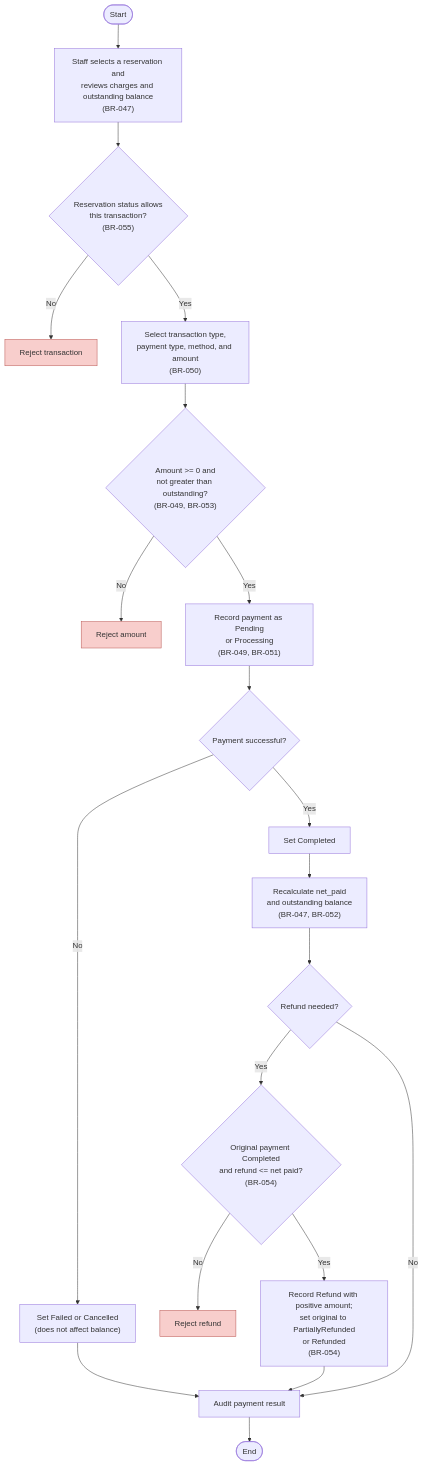
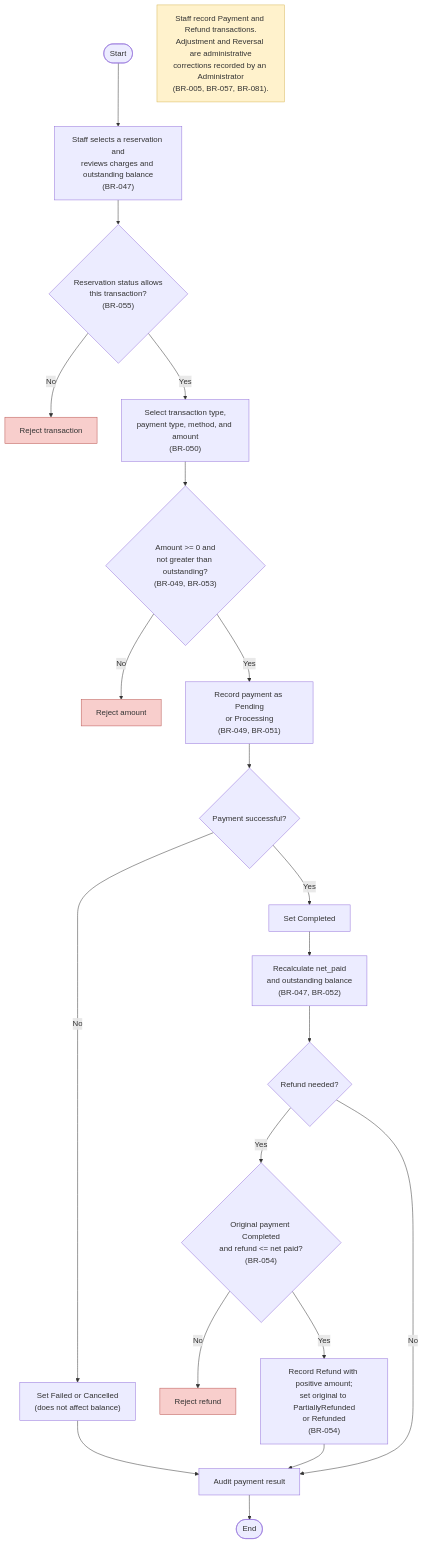
The seventh of 14 diagrams in docs/system_flowcharts.md (EirAndrie/KUBO_ReservationManagementSystem), drawn with Mermaid before and after one commit. The commit also changed other lines of this file and 8 other files, not shown here.

Commit message:
chore(backend): changes made in flowcharts related to business rules

````diff
--- a/docs/system_flowcharts.md
+++ b/docs/system_flowcharts.md
@@ -209,26 +287,29 @@
 ```mermaid
 flowchart TD
     S([Start]) --> P1["Staff selects a reservation and<br/>reviews charges and outstanding balance<br/>(BR-047)"]
     P1 --> D1{"Reservation status allows<br/>this transaction?<br/>(BR-055)"}
     D1 -->|No| E1["Reject transaction"]
     D1 -->|Yes| P2["Select transaction type,<br/>payment type, method, and amount<br/>(BR-050)"]
     P2 --> D2{"Amount >= 0 and<br/>not greater than outstanding?<br/>(BR-049, BR-053)"}
     D2 -->|No| E2["Reject amount"]
     D2 -->|Yes| P3["Record payment as Pending<br/>or Processing<br/>(BR-049, BR-051)"]
     P3 --> D3{"Payment successful?"}
     D3 -->|No| P4["Set Failed or Cancelled<br/>(does not affect balance)"]
     P4 --> AUD["Audit payment result"]
     D3 -->|Yes| P5["Set Completed"]
     P5 --> P6["Recalculate net_paid<br/>and outstanding balance<br/>(BR-047, BR-052)"]
     P6 --> D4{"Refund needed?"}
     D4 -->|Yes| R1{"Original payment Completed<br/>and refund <= net paid?<br/>(BR-054)"}
     R1 -->|No| E3["Reject refund"]
     R1 -->|Yes| R2["Record Refund with positive amount;<br/>set original to PartiallyRefunded<br/>or Refunded<br/>(BR-054)"]
     R2 --> AUD
     D4 -->|No| AUD
     AUD --> E4([End])
 
+    N1["Staff record Payment and Refund transactions.<br/>Adjustment and Reversal are administrative<br/>corrections recorded by an Administrator<br/>(BR-005, BR-057, BR-081)."]
+    style N1 fill:#fff2cc,stroke:#d6b656
+
     style E1 fill:#f8cecc,stroke:#b85450
     style E2 fill:#f8cecc,stroke:#b85450
     style E3 fill:#f8cecc,stroke:#b85450
 ```
````
